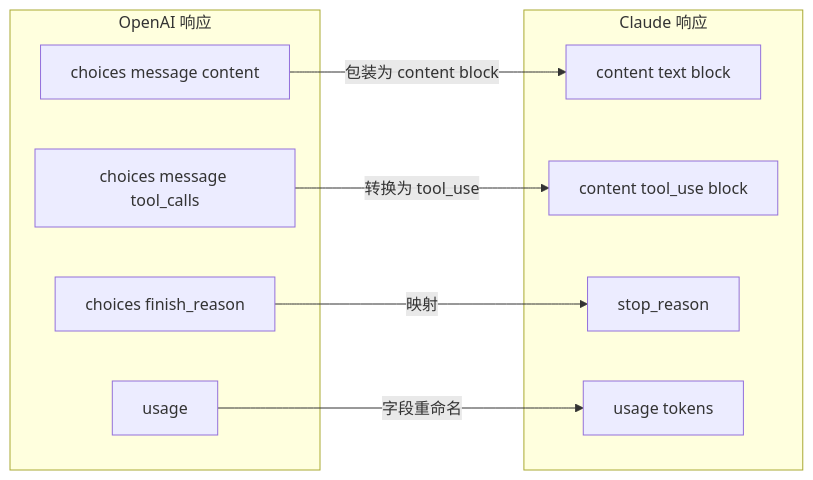
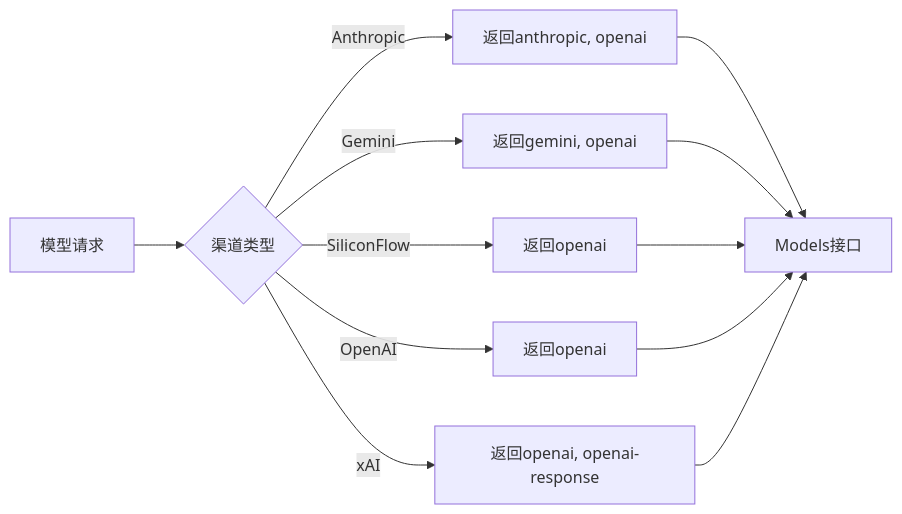
The fifth of 7 diagrams in claudecode/技术方案.md (RudolphHuang/openclaw_doc), drawn with Mermaid before and after one commit. The commit also changed other lines of this file, not shown here.

````diff
--- a/claudecode/技术方案.md
+++ b/claudecode/技术方案.md
@@ -270,21 +234,16 @@
 ```mermaid
-graph LR
-    subgraph "OpenAI 响应"
-        R1[choices message content]
-        R2[choices message tool_calls]
-        R3[choices finish_reason]
-        R4[usage]
-    end
-
-    subgraph "Claude 响应"
-        C1[content text block]
-        C2[content tool_use block]
-        C3[stop_reason]
-        C4[usage tokens]
-    end
-
-    R1 -->|包装为 content block| C1
-    R2 -->|转换为 tool_use| C2
-    R3 -->|映射| C3
-    R4 -->|字段重命名| C4
+flowchart LR
+    A[模型请求] --> B{渠道类型}
+    
+    B -->|Anthropic| C[返回anthropic, openai]
+    B -->|Gemini| D[返回gemini, openai]
+    B -->|SiliconFlow| E[返回openai]
+    B -->|OpenAI| F[返回openai]
+    B -->|xAI| G[返回openai, openai-response]
+    
+    C --> H[Models接口]
+    D --> H
+    E --> H
+    F --> H
+    G --> H
 ```
````
